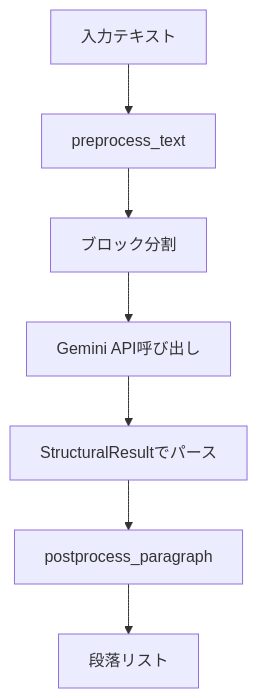
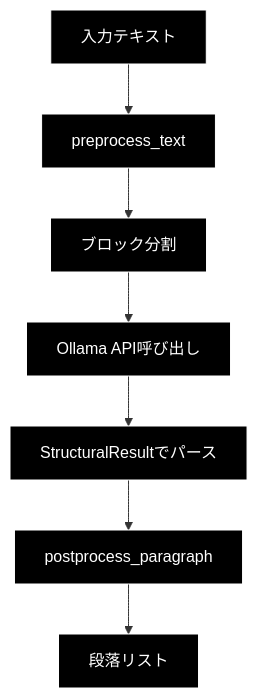
One commit to nakashima2toshio/ollama_grace_agent_v2 changed the fourth of 9 diagrams in chunking/doc/step1_2_3.md. Above: the diagram before and after it, drawn with Mermaid. The commit also changed other lines of this file and 13 other files, not shown here.

First line of the commit message:
chunking: Ollama ネイティブ化（コード/コメント/ドキュメントの Gemini→Ollama 全面置換）

````diff
--- a/chunking/doc/step1_2_3.md
+++ b/chunking/doc/step1_2_3.md
@@ -280,17 +298,20 @@
 ```mermaid
 flowchart TB
     INPUT[入力テキスト]
     PRE[preprocess_text]
     BLOCK[ブロック分割]
-    API[Gemini API呼び出し]
+    API[Ollama API呼び出し]
     PARSE[StructuralResultでパース]
     POST[postprocess_paragraph]
     OUTPUT[段落リスト]
 
     INPUT --> PRE
     PRE --> BLOCK
     BLOCK --> API
     API --> PARSE
     PARSE --> POST
     POST --> OUTPUT
+classDef default fill:#000,stroke:#fff,color:#fff
+classDef subgraphStyle fill:#1a1a1a,stroke:#fff,color:#fff
+class INPUT,PRE,BLOCK,API,PARSE,POST,OUTPUT default
 ```
````
